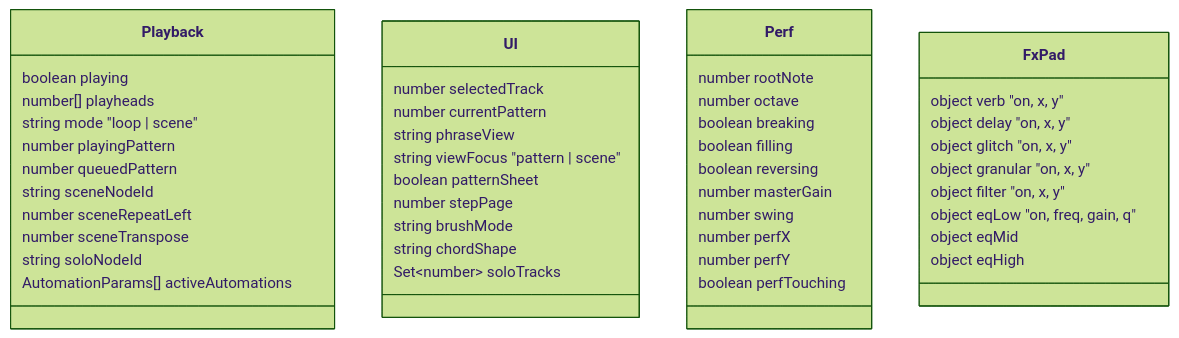
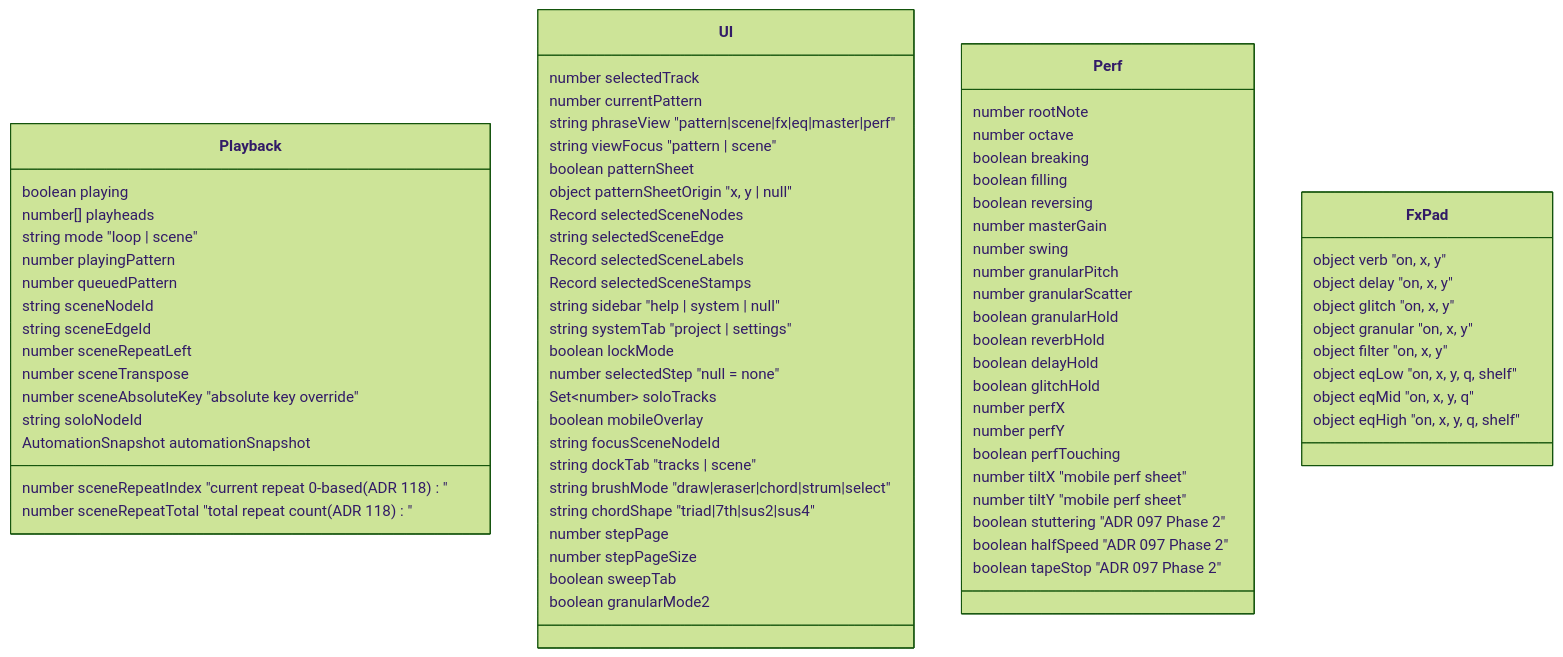
One commit to im9/inboil changed the second of 2 diagrams in docs/ai/DATA_MODEL.md. Above: the diagram before and after it, drawn with Mermaid (forest theme). The commit also changed other lines of this file and 4 other files, not shown here.

````diff
--- a/docs/ai/DATA_MODEL.md
+++ b/docs/ai/DATA_MODEL.md
@@ -146,51 +175,81 @@
 ```mermaid
 classDiagram
     class Playback {
         boolean playing
         number[] playheads
         string mode "loop | scene"
         number playingPattern
         number queuedPattern
         string sceneNodeId
+        string sceneEdgeId
         number sceneRepeatLeft
+        number sceneRepeatIndex "current repeat 0-based (ADR 118)"
+        number sceneRepeatTotal "total repeat count (ADR 118)"
         number sceneTranspose
+        number sceneAbsoluteKey "absolute key override"
         string soloNodeId
-        AutomationParams[] activeAutomations
+        AutomationSnapshot automationSnapshot
     }
 
     class UI {
         number selectedTrack
         number currentPattern
-        string phraseView
+        string phraseView "pattern|scene|fx|eq|master|perf"
         string viewFocus "pattern | scene"
         boolean patternSheet
+        object patternSheetOrigin "x, y | null"
+        Record selectedSceneNodes
+        string selectedSceneEdge
+        Record selectedSceneLabels
+        Record selectedSceneStamps
+        string sidebar "help | system | null"
+        string systemTab "project | settings"
+        boolean lockMode
+        number selectedStep "null = none"
+        Set~number~ soloTracks
+        boolean mobileOverlay
+        string focusSceneNodeId
+        string dockTab "tracks | scene"
+        string brushMode "draw|eraser|chord|strum|select"
+        string chordShape "triad|7th|sus2|sus4"
         number stepPage
-        string brushMode
-        string chordShape
-        Set~number~ soloTracks
+        number stepPageSize
+        boolean sweepTab
+        boolean granularMode2
     }
 
     class Perf {
         number rootNote
         number octave
         boolean breaking
         boolean filling
         boolean reversing
         number masterGain
         number swing
+        number granularPitch
+        number granularScatter
+        boolean granularHold
+        boolean reverbHold
+        boolean delayHold
+        boolean glitchHold
         number perfX
         number perfY
         boolean perfTouching
+        number tiltX "mobile perf sheet"
+        number tiltY "mobile perf sheet"
+        boolean stuttering "ADR 097 Phase 2"
+        boolean halfSpeed "ADR 097 Phase 2"
+        boolean tapeStop "ADR 097 Phase 2"
     }
 
     class FxPad {
         object verb "on, x, y"
         object delay "on, x, y"
         object glitch "on, x, y"
         object granular "on, x, y"
         object filter "on, x, y"
-        object eqLow "on, freq, gain, q"
-        object eqMid
-        object eqHigh
+        object eqLow "on, x, y, q, shelf"
+        object eqMid "on, x, y, q"
+        object eqHigh "on, x, y, q, shelf"
     }
 ```
````
